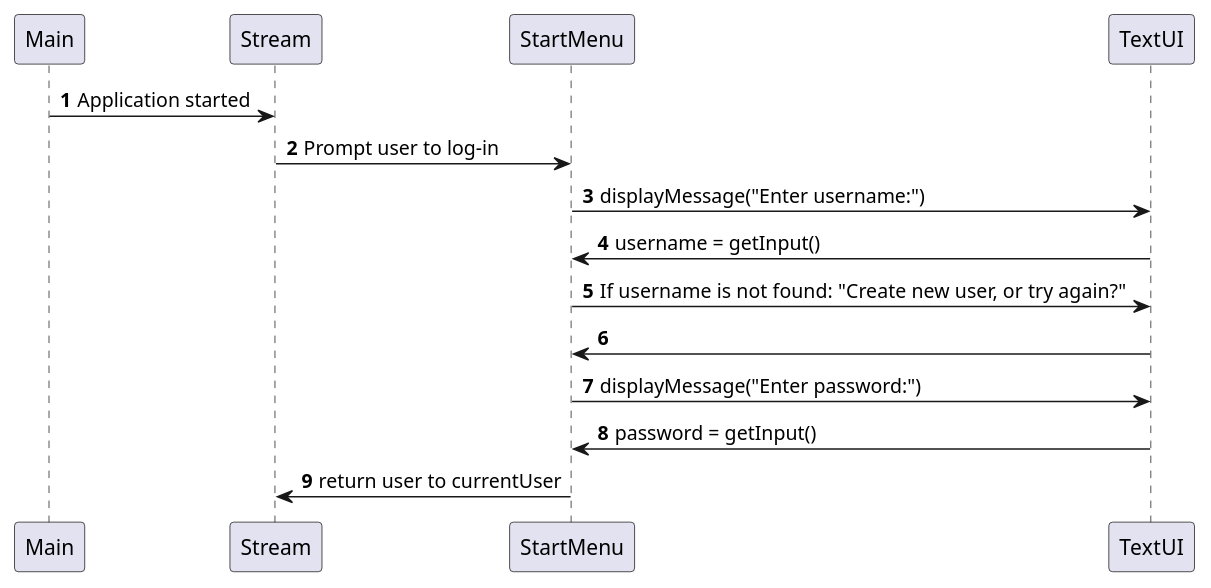
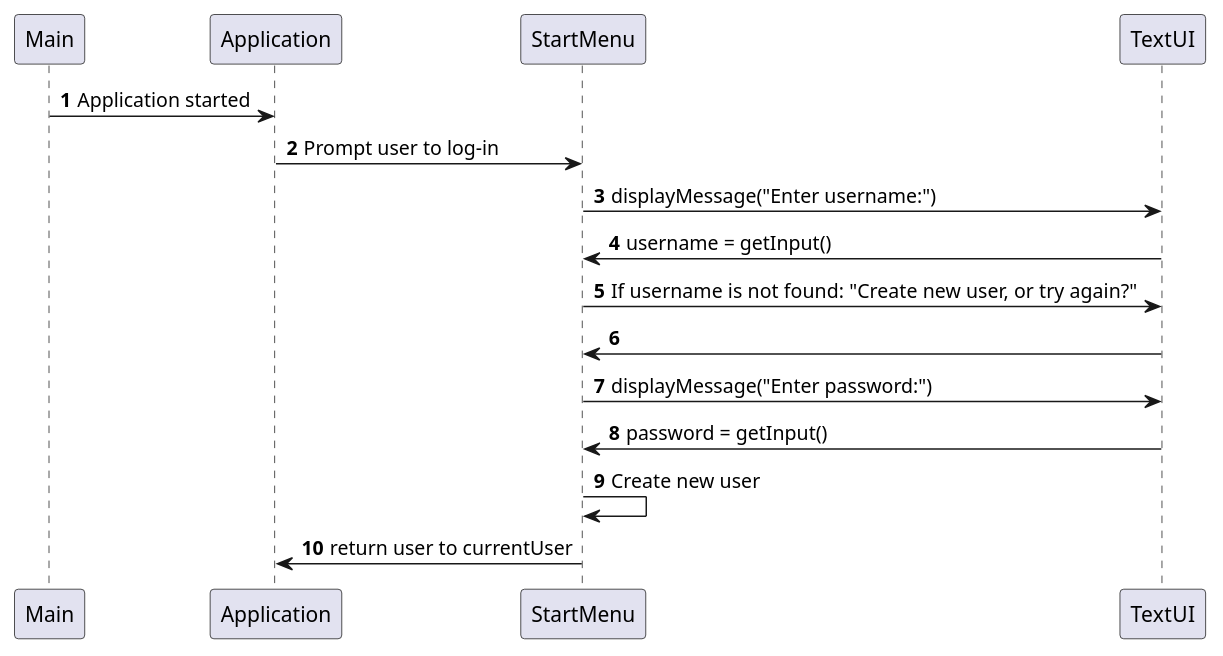
One commit to TobiasTheDanish/SP3 changed the diagram in Documentation/LogInSequence.puml. Above: the diagram before and after it, drawn with PlantUML. The commit also changed 3 other files, not shown here.

```diff
--- a/Documentation/LogInSequence.puml
+++ b/Documentation/LogInSequence.puml
@@ -1,16 +1,18 @@
 @startuml
 'https://plantuml.com/sequence-diagram
 
 autonumber
-Main -> Stream: Application started
-Stream -> StartMenu: Prompt user to log-in
+Main -> Application: Application started
+Application -> StartMenu: Prompt user to log-in
 StartMenu -> TextUI: displayMessage("Enter username:")
 TextUI -> StartMenu: username = getInput()
 StartMenu -> TextUI: If username is not found: "Create new user, or try again?"
 TextUI -> StartMenu:
 StartMenu -> TextUI: displayMessage("Enter password:")
 TextUI -> StartMenu: password = getInput()
 
-StartMenu -> Stream: return user to currentUser
+StartMenu -> StartMenu: Create new user
+
+StartMenu -> Application: return user to currentUser
 
 @enduml
```
